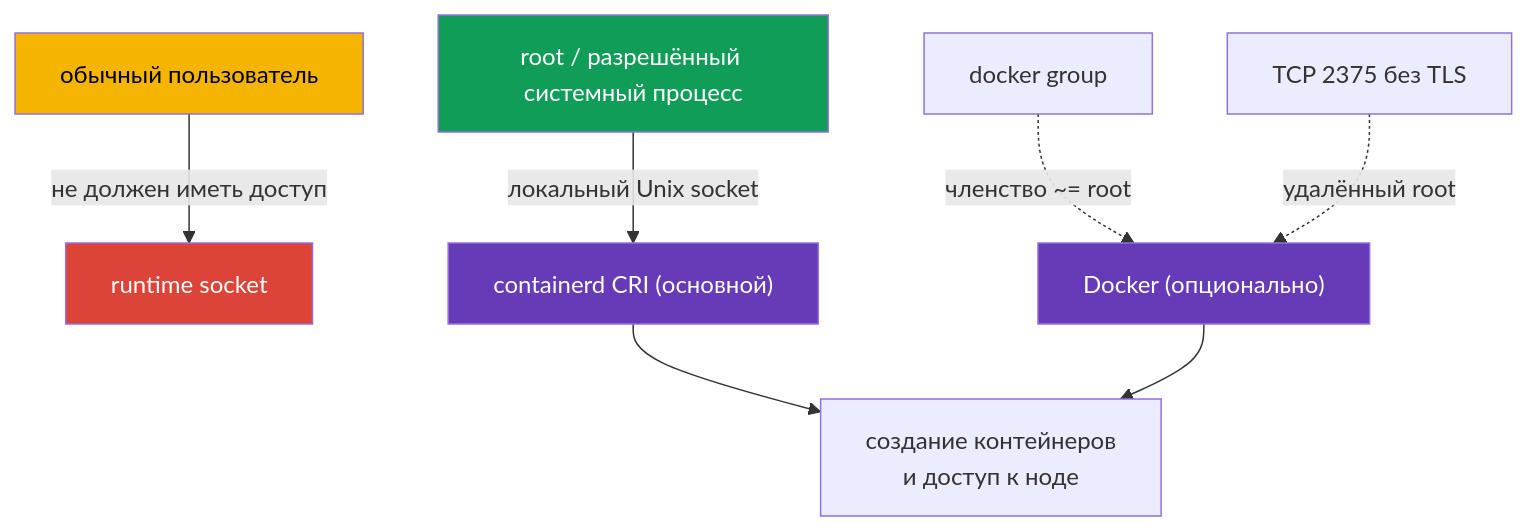
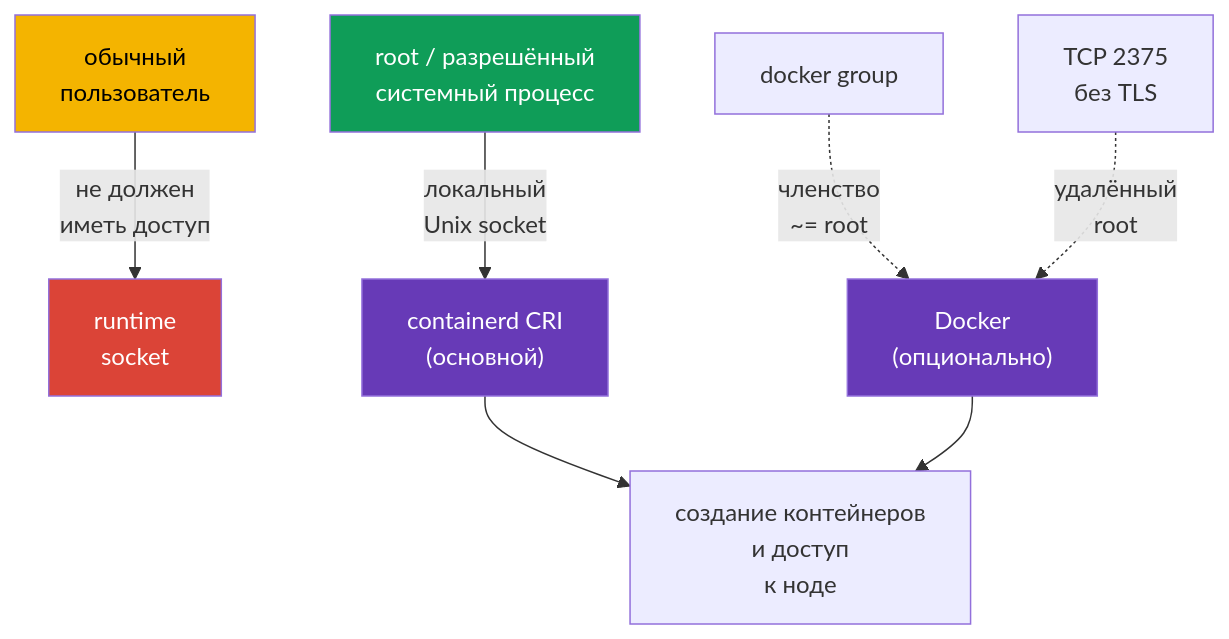
Before and after one commit to ViktorUJ/cks: the second of 2 diagrams in tasks/cks/course/14/ru.md, drawn with Mermaid. The commit also changed other lines of this file and 7 other files, not shown here.

````diff
--- a/tasks/cks/course/14/ru.md
+++ b/tasks/cks/course/14/ru.md
@@ -300,14 +333,14 @@
 ```mermaid
 flowchart TB
-    user["обычный пользователь"] -->|"не должен иметь доступ"| deny["runtime socket"]
-    root["root / разрешённый системный процесс"] -->|"локальный Unix socket"| containerd["containerd CRI (основной)"]
-    docker["docker group"] -. "членство ~= root" .-> dockerDaemon["Docker (опционально)"]
-    tcp["TCP 2375 без TLS"] -. "удалённый root" .-> dockerDaemon
-    containerd --> node["создание контейнеров<br/>и доступ к ноде"]
+    user["обычный<br/>пользователь"] -->|"не должен<br/>иметь доступ"| deny["runtime<br/>socket"]
+    root["root / разрешённый<br/>системный процесс"] -->|"локальный<br/>Unix socket"| containerd["containerd CRI<br/>(основной)"]
+    docker["docker group"] -.->|"членство<br/>~= root"| dockerDaemon["Docker<br/>(опционально)"]
+    tcp["TCP 2375<br/>без TLS"] -.->|"удалённый<br/>root"| dockerDaemon
+    containerd --> node["создание контейнеров<br/>и доступ<br/>к ноде"]
     dockerDaemon --> node
     style user fill:#f4b400,color:#000
     style deny fill:#db4437,color:#fff
     style root fill:#0f9d58,color:#fff
     style containerd fill:#673ab7,color:#fff
     style dockerDaemon fill:#673ab7,color:#fff
 ```
````
